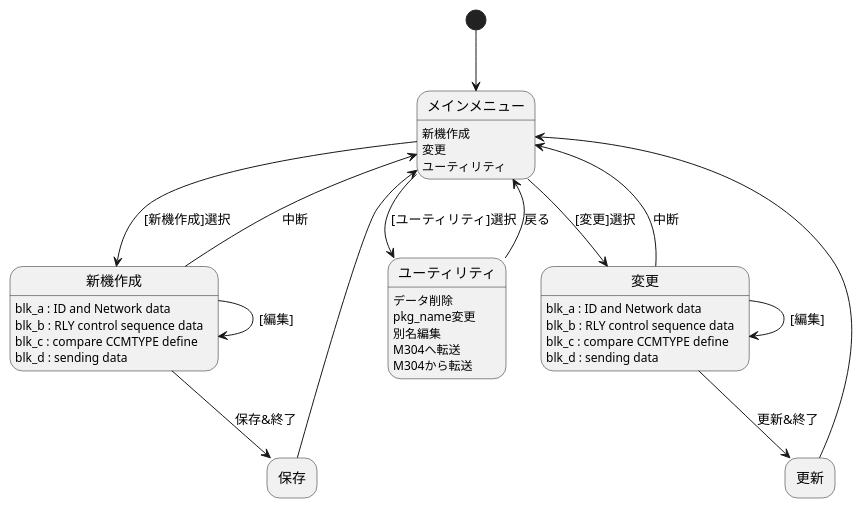
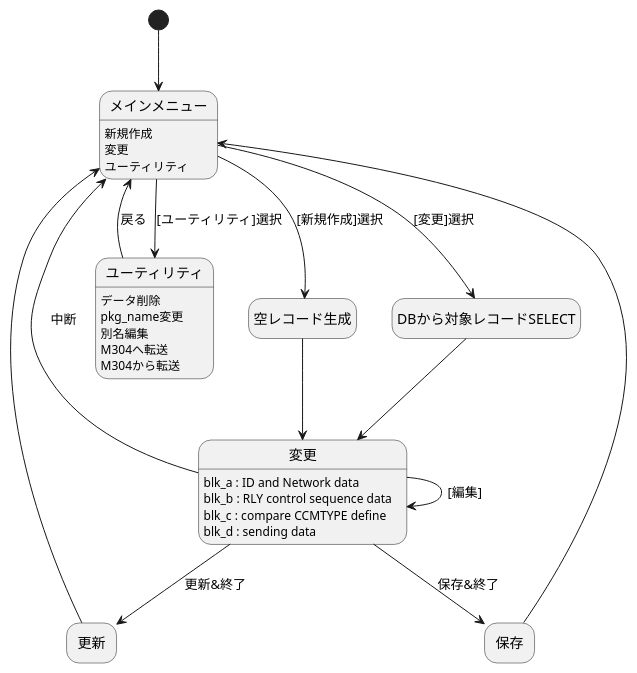
One commit to mhorimoto/M304-lowcode changed the diagram in public_html/docs/state.puml. Above: the diagram before and after it, drawn with PlantUML. The commit also changed 1 other file, not shown here.

```diff
--- a/public_html/docs/state.puml
+++ b/public_html/docs/state.puml
@@ -1,45 +1,38 @@
 @startuml
 hide empty description
 [*] --> メインメニュー
 
 state メインメニュー  {
-    メインメニュー : 新機作成
+    メインメニュー : 新規作成
     メインメニュー : 変更
     メインメニュー : ユーティリティ
 }
 
-メインメニュー --> 新機作成 : [新機作成]選択
-メインメニュー --> 変更 : [変更]選択
+メインメニュー --> 空レコード生成 : [新規作成]選択
+メインメニュー --> DBから対象レコードSELECT : [変更]選択
+空レコード生成 --> 変更
+DBから対象レコードSELECT --> 変更
 メインメニュー --> ユーティリティ : [ユーティリティ]選択
 ユーティリティ --> メインメニュー : 戻る
 変更 --> メインメニュー : 中断
 変更 --> 更新 : 更新&終了
 更新 --> メインメニュー
-新機作成 --> メインメニュー : 中断
-新機作成 --> 保存 : 保存&終了
+変更 --> 保存 : 保存&終了
 保存 --> メインメニュー
 
 state ユーティリティ {
     ユーティリティ : データ削除
     ユーティリティ : pkg_name変更
     ユーティリティ : 別名編集
     ユーティリティ : M304へ転送
     ユーティリティ : M304から転送
 }
 
-state 新機作成 {
-    新機作成 : blk_a : ID and Network data
-    新機作成 : blk_b : RLY control sequence data
-    新機作成 : blk_c : compare CCMTYPE define
-    新機作成 : blk_d : sending data
-}
-
 state 変更 {
     変更 : blk_a : ID and Network data
     変更 : blk_b : RLY control sequence data
     変更 : blk_c : compare CCMTYPE define
     変更 : blk_d : sending data
 }
-新機作成 --> 新機作成 : [編集]
 変更 --> 変更 : [編集]
 @enduml
```
